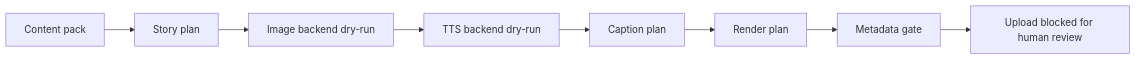
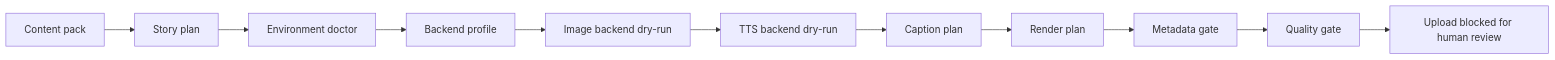
The diagram in docs/PUBLIC_DEMO.md (zoziaman/reverie-studio), drawn with Mermaid before and after one commit. The commit also changed other lines of this file and 13 other files, not shown here.

Commit message:
Add public setup doctor and backend profiles

````diff
--- a/docs/PUBLIC_DEMO.md
+++ b/docs/PUBLIC_DEMO.md
@@ -26,10 +30,13 @@
 ```mermaid
 flowchart LR
     A["Content pack"] --> B["Story plan"]
-    B --> C["Image backend dry-run"]
-    C --> D["TTS backend dry-run"]
-    D --> E["Caption plan"]
-    E --> F["Render plan"]
-    F --> G["Metadata gate"]
-    G --> H["Upload blocked for human review"]
+    B --> C["Environment doctor"]
+    C --> D["Backend profile"]
+    D --> E["Image backend dry-run"]
+    E --> F["TTS backend dry-run"]
+    F --> G["Caption plan"]
+    G --> H["Render plan"]
+    H --> I["Metadata gate"]
+    I --> J["Quality gate"]
+    J --> K["Upload blocked for human review"]
 ```
````
